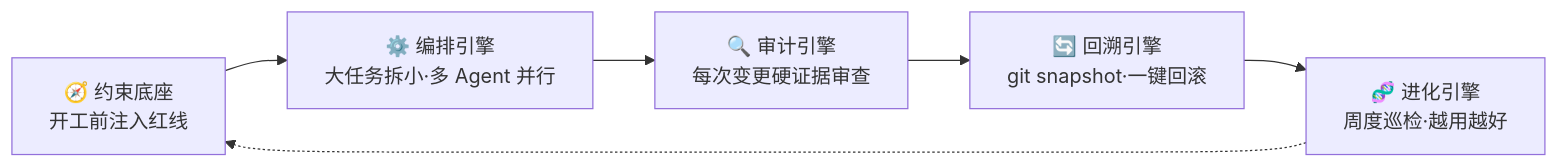
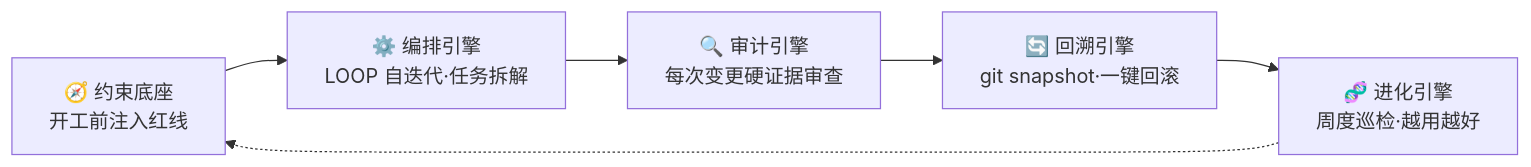
Before and after one commit to KongFangXun/sofagent: the second of 6 diagrams in README.md, drawn with Mermaid. The commit also changed other lines of this file and 2 other files, not shown here.

````diff
--- a/README.md
+++ b/README.md
@@ -141,8 +141,8 @@
 ```mermaid
 flowchart LR
-    CB[🧭 约束底座<br/>开工前注入红线] --> OR[⚙️ 编排引擎<br/>大任务拆小·多 Agent 并行]
+    CB[🧭 约束底座<br/>开工前注入红线] --> OR[⚙️ 编排引擎<br/>LOOP 自迭代·任务拆解]
     OR --> AU[🔍 审计引擎<br/>每次变更硬证据审查]
     AU --> RE[🔄 回溯引擎<br/>git snapshot·一键回滚]
     RE --> EV[🧬 进化引擎<br/>周度巡检·越用越好]
     EV -.-> CB
 ```
````
